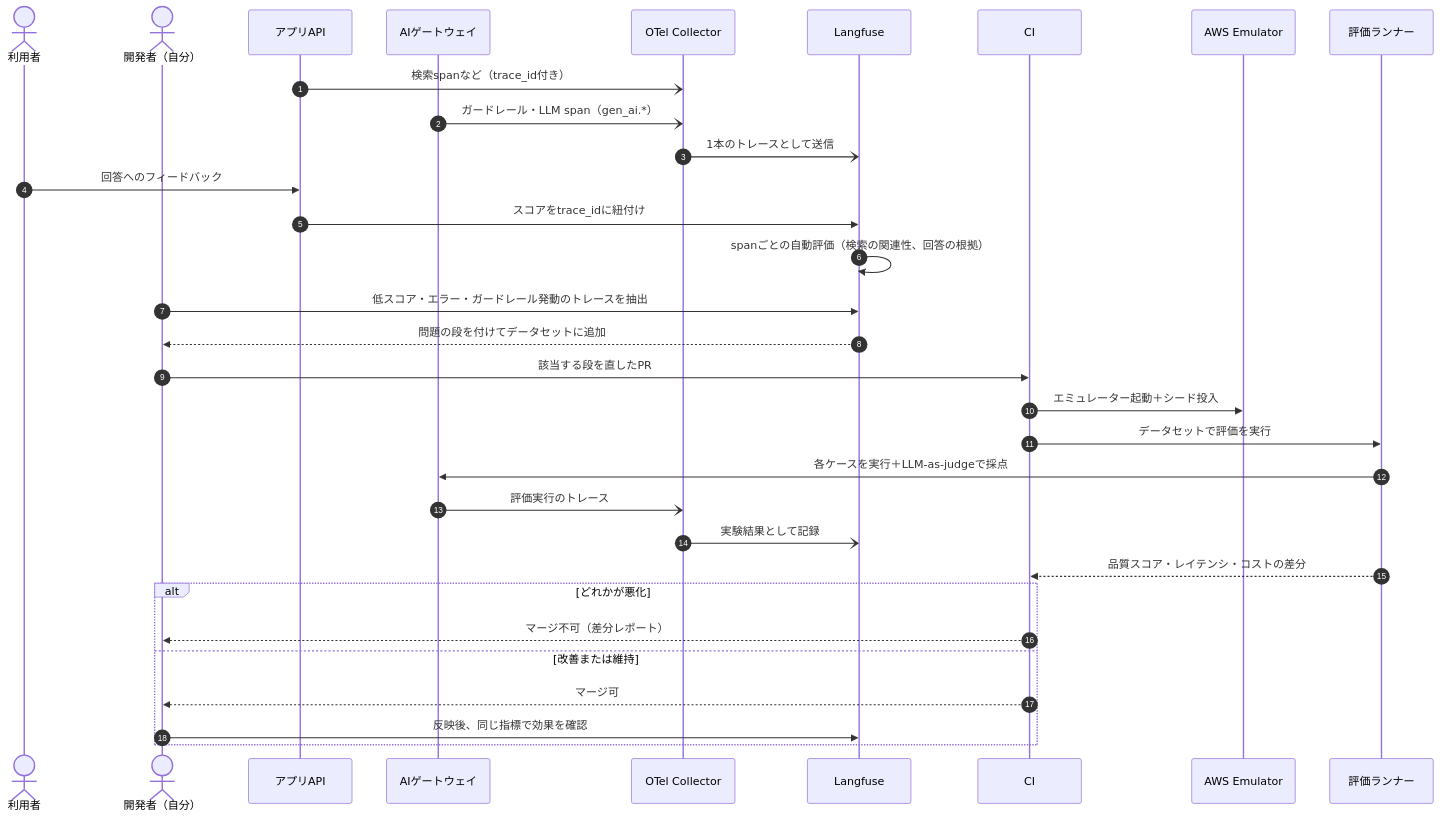
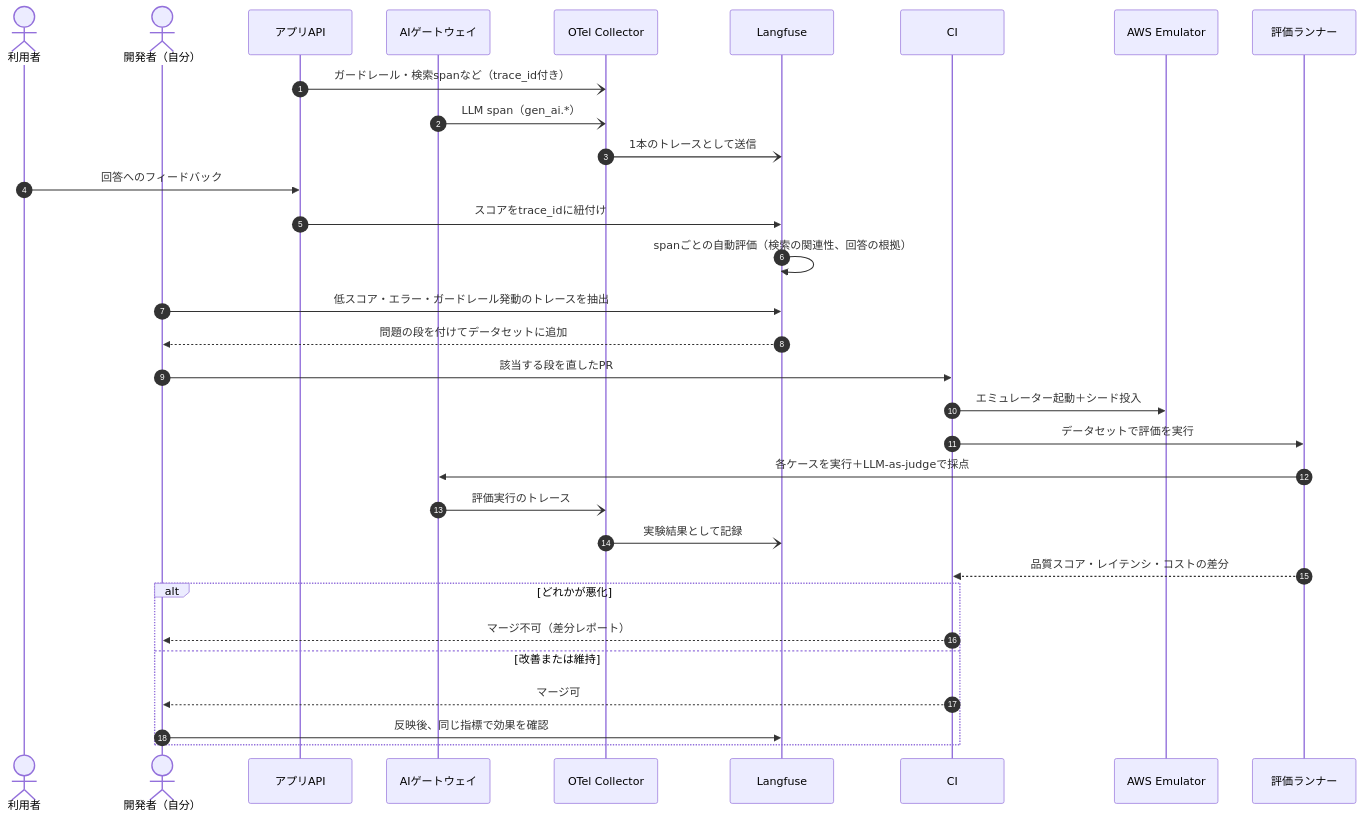
Before and after one commit to Kaaaaazuya/ai-platform-lab: the third of 4 diagrams in docs/index.md, drawn with Mermaid. The commit also changed other lines of this file and 17 other files, not shown here.

````diff
--- a/docs/index.md
+++ b/docs/index.md
@@ -146,35 +150,35 @@
 ```mermaid
 sequenceDiagram
     autonumber
     actor U as 利用者
     actor D as 開発者（自分）
     participant API as アプリAPI
     participant GW as AIゲートウェイ
     participant OT as OTel Collector
     participant LF as Langfuse
     participant CI as CI
     participant EM as AWS Emulator
     participant EV as 評価ランナー
 
-    API-)OT: 検索spanなど（trace_id付き）
-    GW-)OT: ガードレール・LLM span（gen_ai.*）
+    API-)OT: ガードレール・検索spanなど（trace_id付き）
+    GW-)OT: LLM span（gen_ai.*）
     OT-)LF: 1本のトレースとして送信
     U->>API: 回答へのフィードバック
     API->>LF: スコアをtrace_idに紐付け
     LF->>LF: spanごとの自動評価（検索の関連性、回答の根拠）
     D->>LF: 低スコア・エラー・ガードレール発動のトレースを抽出
     LF-->>D: 問題の段を付けてデータセットに追加
     D->>CI: 該当する段を直したPR
     CI->>EM: エミュレーター起動＋シード投入
     CI->>EV: データセットで評価を実行
     EV->>GW: 各ケースを実行＋LLM-as-judgeで採点
     GW-)OT: 評価実行のトレース
     OT-)LF: 実験結果として記録
     EV-->>CI: 品質スコア・レイテンシ・コストの差分
     alt どれかが悪化
         CI-->>D: マージ不可（差分レポート）
     else 改善または維持
         CI-->>D: マージ可
         D->>LF: 反映後、同じ指標で効果を確認
     end
 ```
````
